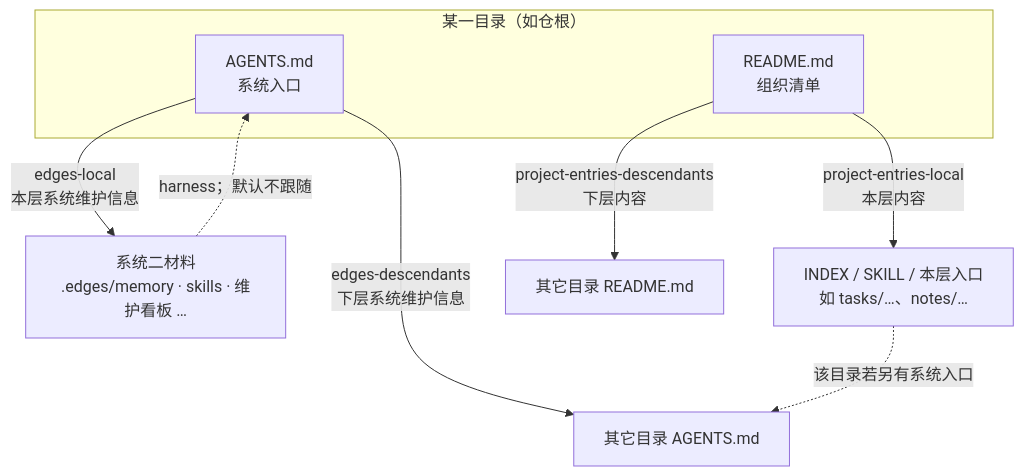
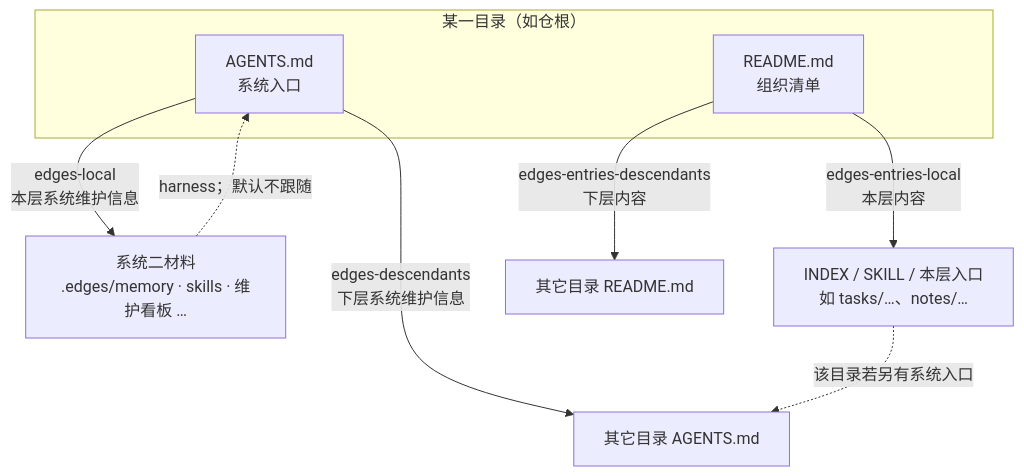
Before and after one commit to VirusPC/edges: the third of 5 diagrams in docs/superpowers/specs/2026-10-06-recursive-system-two-entries-design.md, drawn with Mermaid. The commit also changed other lines of this file and 417 other files, not shown here.

````diff
--- a/docs/superpowers/specs/2026-10-06-recursive-system-two-entries-design.md
+++ b/docs/superpowers/specs/2026-10-06-recursive-system-two-entries-design.md
@@ -118,16 +118,16 @@
 ```mermaid
 flowchart TB
   subgraph dir["某一目录（如仓根）"]
     AGENTS["AGENTS.md<br/>系统入口"]
     README["README.md<br/>组织清单"]
   end
 
   AGENTS -->|edges-local<br/>本层系统维护信息| M["系统二材料<br/>.edges/memory · skills · 维护看板 …"]
   AGENTS -->|edges-descendants<br/>下层系统维护信息| ChildAgents["其它目录 AGENTS.md"]
 
-  README -->|project-entries-local<br/>本层内容| Sys1["INDEX / SKILL / 本层入口<br/>如 tasks/…、notes/…"]
-  README -->|project-entries-descendants<br/>下层内容| ChildReadme["其它目录 README.md"]
+  README -->|edges-entries-local<br/>本层内容| Sys1["INDEX / SKILL / 本层入口<br/>如 tasks/…、notes/…"]
+  README -->|edges-entries-descendants<br/>下层内容| ChildReadme["其它目录 README.md"]
 
   Sys1 -. 该目录若另有系统入口 .-> ChildAgents
   M -. harness；默认不跟随 .-> AGENTS
 ```
````
